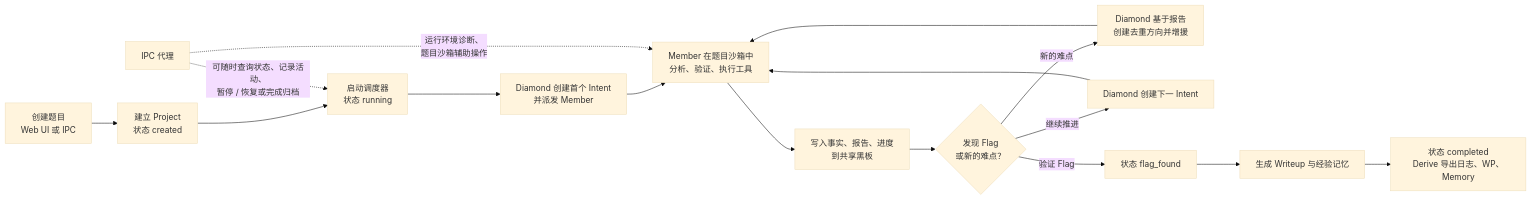
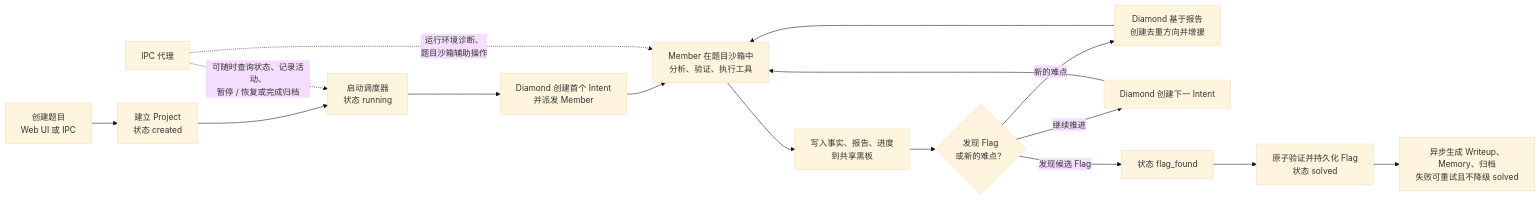
One commit to PureStream108/IPC_CTFAgent changed the second of 2 diagrams in README.md. Above: the diagram before and after it, drawn with Mermaid (base theme). The commit also changed other lines of this file and 86 other files, not shown here.

````diff
--- a/README.md
+++ b/README.md
@@ -70,19 +296,19 @@
 ```mermaid
 flowchart LR
     A["创建题目\nWeb UI 或 IPC"] --> B["建立 Project\n状态 created"]
     B --> C["启动调度器\n状态 running"]
     C --> D["Diamond 创建首个 Intent\n并派发 Member"]
     D --> E["Member 在题目沙箱中\n分析、验证、执行工具"]
     E --> F["写入事实、报告、进度\n到共享黑板"]
     F --> G{"发现 Flag\n或新的难点？"}
     G -->|"新的难点"| H["Diamond 基于报告\n创建去重方向并增援"]
     H --> E
     G -->|"继续推进"| I["Diamond 创建下一 Intent"]
     I --> E
-    G -->|"验证 Flag"| J["状态 flag_found"]
-    J --> K["生成 Writeup 与经验记忆"]
-    K --> L["状态 completed\nDerive 导出日志、WP、Memory"]
+    G -->|"发现候选 Flag"| J["状态 flag_found"]
+    J --> K["原子验证并持久化 Flag\n状态 solved"]
+    K --> L["异步生成 Writeup、Memory、归档\n失败可重试且不降级 solved"]
 
     IPC["IPC 代理"] -. "可随时查询状态、记录活动、\n暂停 / 恢复或完成归档" .-> C
     IPC -. "运行环境诊断、\n题目沙箱辅助操作" .-> E
 ```
````
